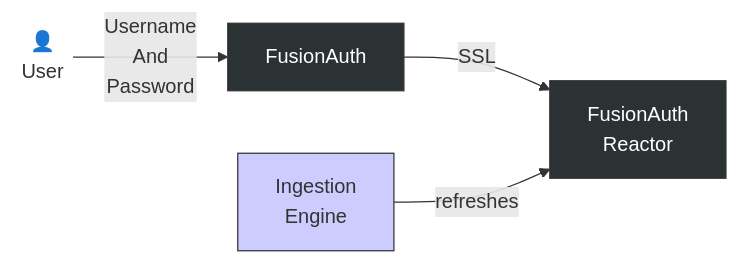
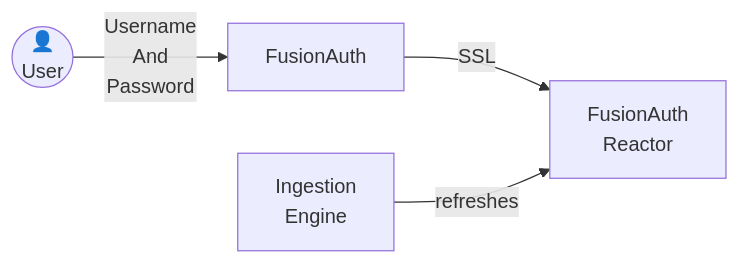
The diagram in astro/src/content/docs/operate/secure/breached-password-detection.mdx (FusionAuth/fusionauth-site), drawn with Mermaid before and after one commit.

Commit message:
Simplify diagram styles for light mode friendliness

````diff
--- a/astro/src/content/docs/operate/secure/breached-password-detection.mdx
+++ b/astro/src/content/docs/operate/secure/breached-password-detection.mdx
@@ -260,17 +260,12 @@
 ```mermaid
 flowchart LR
     User(("👤\nUser"))
     
     FA["FusionAuth"]
     FAR["FusionAuth\nReactor"]
     IE["Ingestion\nEngine"]
 
     User -- "Username\nAnd\nPassword" --> FA
     FA -- "SSL" --> FAR
     IE -- "refreshes" --> FAR
-    
-    style User fill:transparent,stroke:none
-    style IE fill:#ccccff,stroke:#333,stroke-width:1px
-    style FA fill:#2b3234,stroke:#333,color:#fff
-    style FAR fill:#2b3234,stroke:#333,color:#fff
 ```
````
